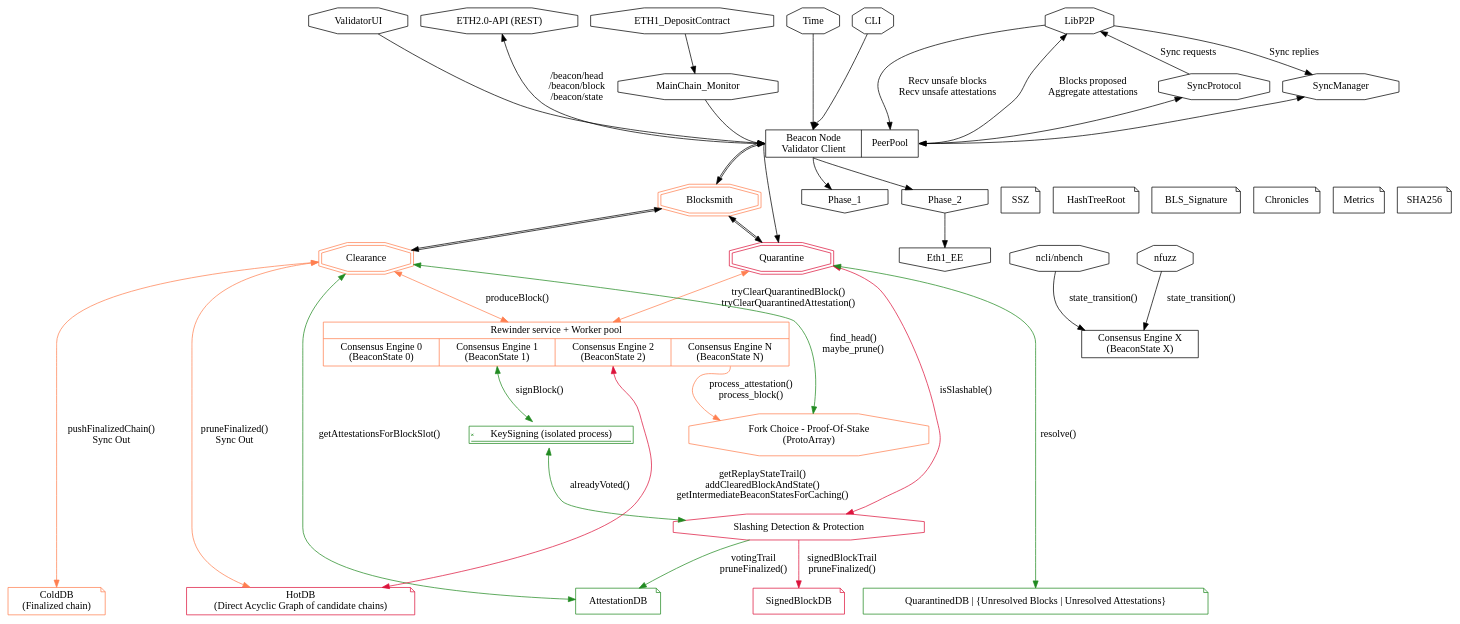
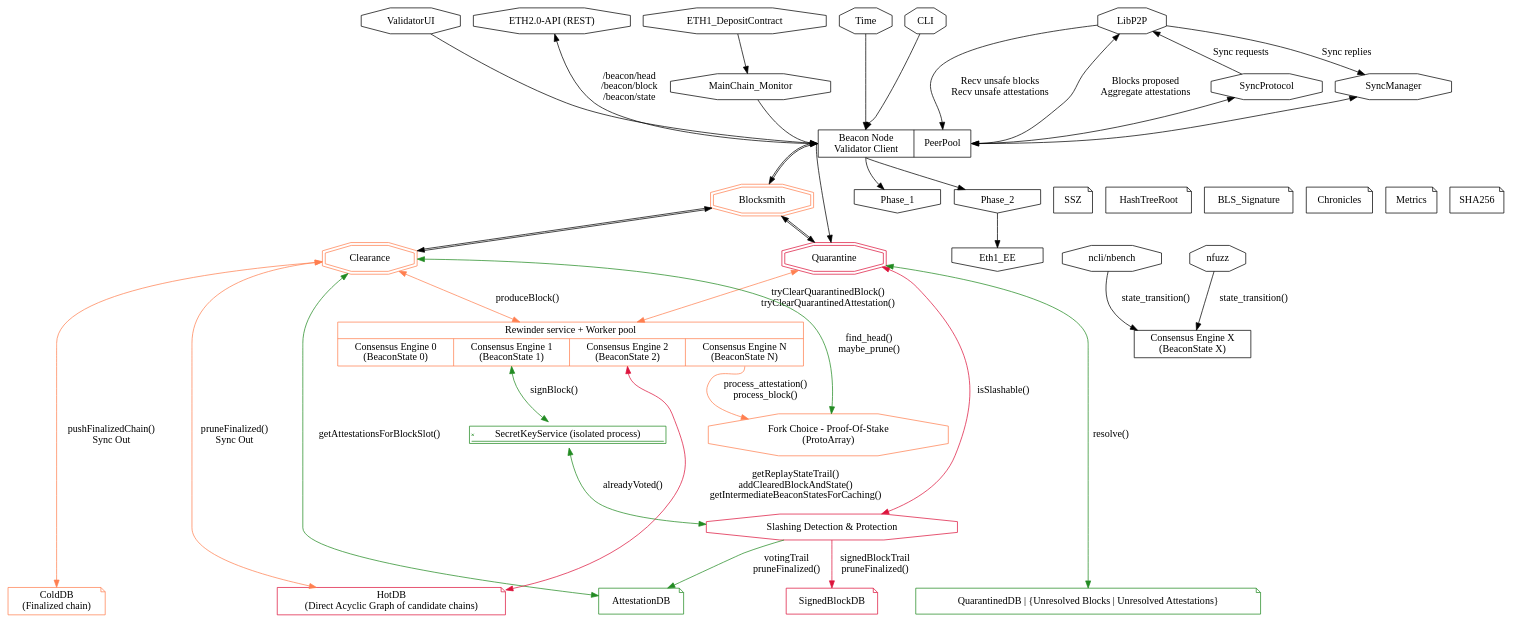
One commit to mratsim/blocksmith changed the diagram in channel_broker_monitoring.dot. Above: the diagram before and after it, drawn with Graphviz. The commit also changed 7 other files, not shown here.

Commit message:
Add a secret key client for a remote signing service

```diff
--- a/channel_broker_monitoring.dot
+++ b/channel_broker_monitoring.dot
@@ -1,93 +1,93 @@
 digraph architecture{
-  node [shape = signature]; KeySigning [color="forestgreen", label="KeySigning (isolated process)"];
+  node [shape = signature]; SecretKeyService [color="forestgreen", label="SecretKeyService (isolated process)"];
   node [shape = octagon]; SyncManager SyncProtocol MainChain_Monitor Time CLI ValidatorUI Slashing LibP2P ETH2_API ncli nfuzz ForkChoice;
   ETH2_API [label="ETH2.0-API (REST)"];
   Slashing [color="crimson", label="Slashing Detection & Protection"];
   ForkChoice [color="coral", label="Fork Choice - Proof-Of-Stake\n(ProtoArray)"];
   {rank = source; ETH1_DepositContract LibP2P ETH2_API CLI Time ValidatorUI;}
 
   node [shape = record] BeaconNode;
   BeaconNode [label="{<nbc> Beacon Node \n Validator Client} | <PeerPool>PeerPool"]
 
   ncli [label="ncli/nbench"];
   {rank = same; ncli; nfuzz;}
 
   node [shape = doubleoctagon]; Blocksmith Quarantine Clearance;
   node [shape = invhouse]; Phase_1 Phase_2 Eth1_EE;
   node [shape = note] SSZ HashTreeRoot BLS_Signature Chronicles Metrics SHA256
   {rank = same; Blocksmith Phase_1 Phase_2 SSZ HashTreeRoot BLS_Signature Chronicles Metrics SHA256;}
 
   Blocksmith [color="coral"]
   Clearance [color="coral"]
   SignedBlockDB [color="crimson"]
   Quarantine [color="crimson"]
   AttestationDB [color="forestgreen"]
   QuarantinedDB [color="forestgreen"]
   ColdDB [color="coral"]
   HotDB [color="crimson"]
 
   BeaconNode:nbc -> Phase_1
   BeaconNode:nbc -> Phase_2
   Phase_2 -> Eth1_EE
 
   node [shape = record]; QuarantinedDB;
   QuarantinedDB [label="QuarantinedDB | {Unresolved Blocks | Unresolved Attestations}"];
 
   node [shape = record]; Rewinder;
   node [shape = box]; BeaconState_X;
   BeaconState_X [label="Consensus Engine X\n(BeaconState X)"]
 
   Rewinder [color="coral", label="{Rewinder service + Worker pool|{<bs0>Consensus Engine 0\n(BeaconState 0)|<bs1>Consensus Engine 1\n(BeaconState 1)|<bs2>Consensus Engine 2\n(BeaconState 2)|<bsN>Consensus Engine N\n(BeaconState N)}}"];
   {rank = same; Rewinder BeaconState_X;}
 
   node [shape = cylinder]; AttestationDB HotDB ColdDB;
   {rank = sink; AttestationDB SignedBlockDB HotDB ColdDB QuarantinedDB;}
   HotDB [label="HotDB\n(Direct Acyclic Graph of candidate chains)"]
   ColdDB [label="ColdDB\n(Finalized chain)"]
 
   {rank = same; MainChain_Monitor SyncManager SyncProtocol;}
   ETH1_DepositContract -> MainChain_Monitor
   MainChain_Monitor -> BeaconNode:nbc
 
   SyncManager -> BeaconNode:PeerPool [dir=both]
   SyncProtocol -> BeaconNode:PeerPool [dir=both]
 
   CLI -> BeaconNode:nbc
   ValidatorUI -> BeaconNode:nbc
   Time -> BeaconNode:nbc
   BeaconNode:nbc -> Blocksmith [dir=both color="black:black"]
   BeaconNode:nbc -> Quarantine
   Blocksmith -> Quarantine [dir=both color="black:black"]
   Blocksmith -> Clearance [dir=both color="black:black"]
   Quarantine -> QuarantinedDB [color="forestgreen", dir=both label="resolve()"]
 
   ncli -> BeaconState_X [label="state_transition()"]
   nfuzz -> BeaconState_X [label="state_transition()"]
 
   SyncProtocol -> LibP2P [label="Sync requests"]
   LibP2P -> SyncManager [label="Sync replies"]
 
   LibP2P -> BeaconNode:PeerPool [label="Recv unsafe blocks\nRecv unsafe attestations"]
   BeaconNode:PeerPool -> LibP2P [label="Blocks proposed\nAggregate attestations"]
   ETH2_API -> BeaconNode:nbc [dir="both", label="/beacon/head\n/beacon/block\n/beacon/state"]
 
   Clearance -> ForkChoice [dir="both", color="forestgreen", label="find_head()\nmaybe_prune()"]
   Rewinder:bsN -> ForkChoice [color="coral",label="process_attestation()\nprocess_block()"]
 
   Quarantine -> Slashing [color="crimson", dir="both", label="isSlashable()"]
-  Rewinder:bs1 -> KeySigning [color="forestgreen", dir="both", label="signBlock()"]
-  KeySigning -> Slashing [color="forestgreen", dir="both", label="alreadyVoted()"]
+  Rewinder:bs1 -> SecretKeyService [color="forestgreen", dir="both", label="signBlock()"]
+  SecretKeyService -> Slashing [color="forestgreen", dir="both", label="alreadyVoted()"]
   Slashing -> AttestationDB [color="forestgreen", label="votingTrail\npruneFinalized()"]
   Slashing -> SignedBlockDB [color="crimson", label="signedBlockTrail\npruneFinalized()"]
   Clearance -> AttestationDB [color="forestgreen", dir="both", label="getAttestationsForBlockSlot()"]
 
   Clearance -> HotDB [color="coral", dir="both", label="pruneFinalized()\nSync Out"]
 
   Rewinder:bs2 -> HotDB [color="crimson", dir="both", label="getReplayStateTrail()\naddClearedBlockAndState()\ngetIntermediateBeaconStatesForCaching()"]
 
   Quarantine -> Rewinder [color="coral", dir="both", label="tryClearQuarantinedBlock()\ntryClearQuarantinedAttestation()"]
   Clearance -> Rewinder [color="coral", dir="both", label="produceBlock()"]
 
 
   Clearance -> ColdDB [color="coral", dir="both", label="pushFinalizedChain()\nSync Out"]
 }
```
